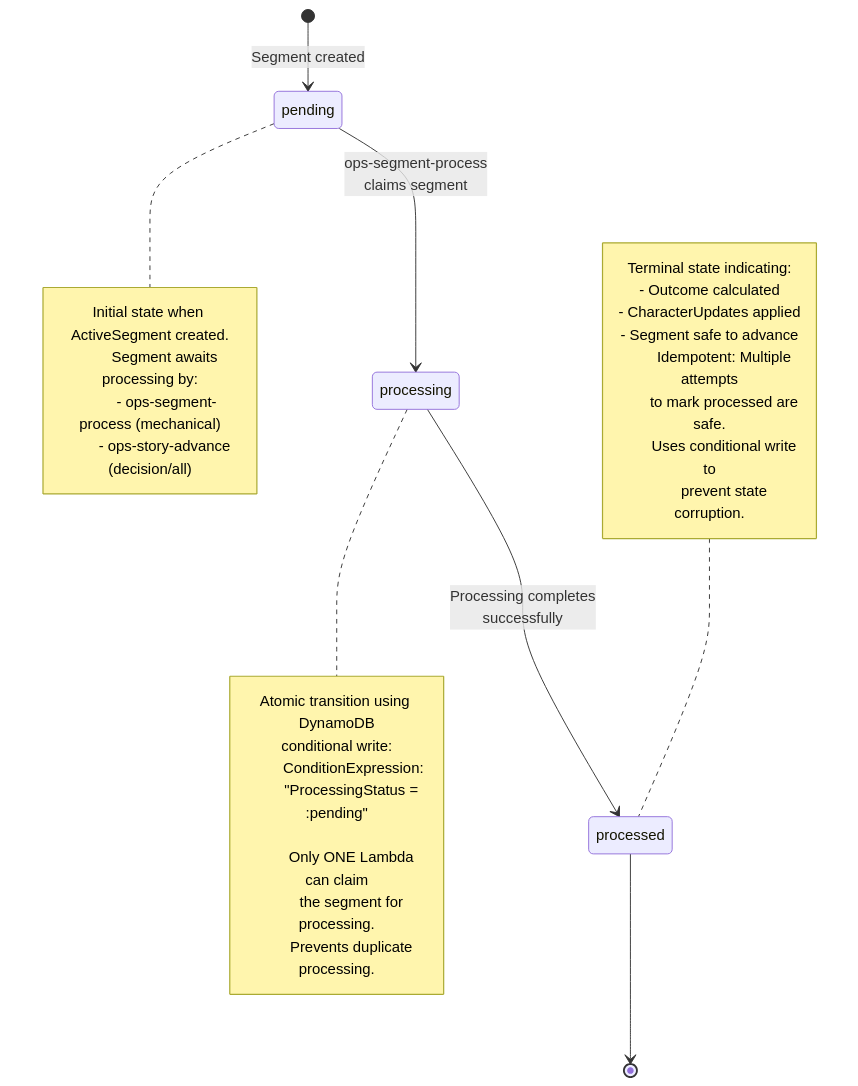
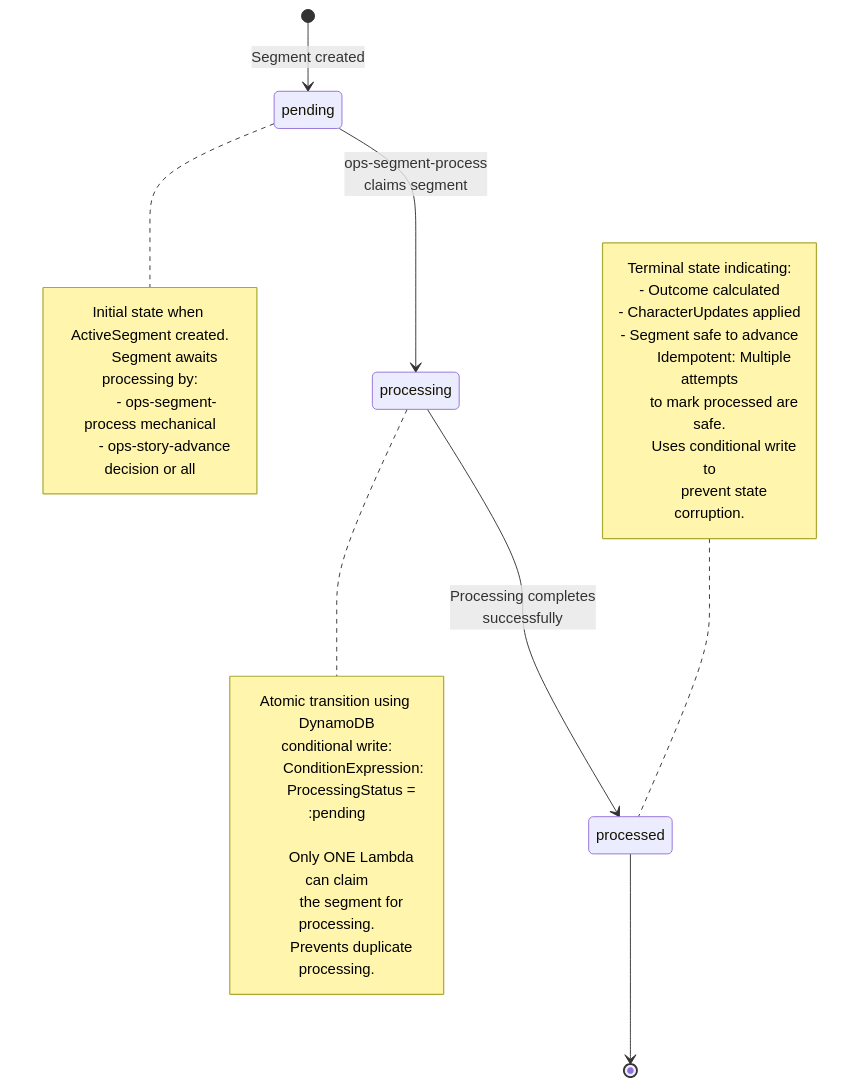
One commit to darkrelics/eidolon-engine changed the fifth of 7 diagrams in documentation/architecture.md. Above: the diagram before and after it, drawn with Mermaid. The commit also changed other lines of this file, not shown here.

````diff
--- a/documentation/architecture.md
+++ b/documentation/architecture.md
@@ -321,39 +327,39 @@
 ```mermaid
 stateDiagram-v2
     [*] --> pending: Segment created
     pending --> processing: ops-segment-process<br/>claims segment
     processing --> processed: Processing completes<br/>successfully
     processed --> [*]
 
     note right of pending
         Initial state when ActiveSegment created.
 
         Segment awaits processing by:
-        - ops-segment-process (mechanical)
-        - ops-story-advance (decision/all)
+        - ops-segment-process mechanical
+        - ops-story-advance decision or all
     end note
 
     note right of processing
         Atomic transition using DynamoDB
         conditional write:
 
         ConditionExpression:
-        "ProcessingStatus = :pending"
+        ProcessingStatus = :pending
 
         Only ONE Lambda can claim
         the segment for processing.
         Prevents duplicate processing.
     end note
 
     note left of processed
         Terminal state indicating:
         - Outcome calculated
         - CharacterUpdates applied
         - Segment safe to advance
 
         Idempotent: Multiple attempts
         to mark processed are safe.
         Uses conditional write to
         prevent state corruption.
     end note
 ```
````
